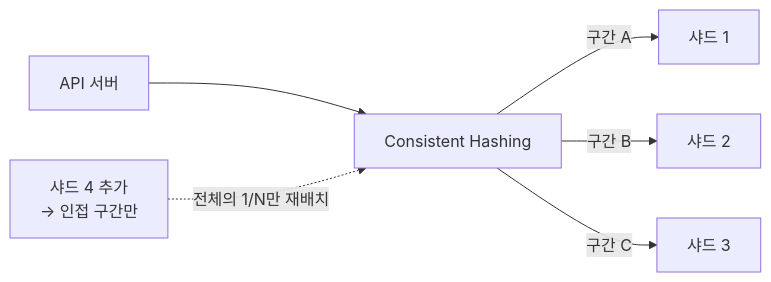
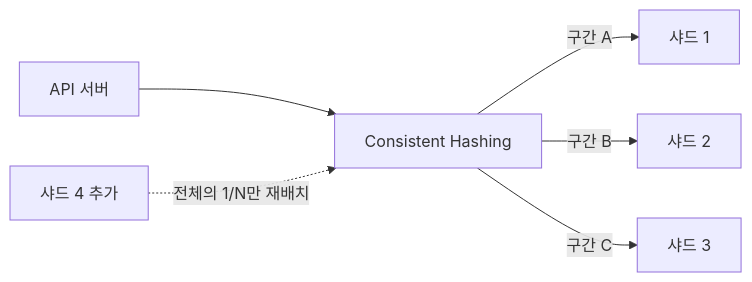
Before and after one commit to yjkim2015/yjkim2015.github.io: the fifth of 8 diagrams in _posts/systemdesign/2026-05-02-system-design-url-shortener.md, drawn with Mermaid. The commit also changed other lines of this file and 217 other files, not shown here.

First line of the commit message:
Mermaid 크기 수정: useMaxWidth:true + SVG max-width:100% + 라벨 축소

````diff
--- a/_posts/systemdesign/2026-05-02-system-design-url-shortener.md
+++ b/_posts/systemdesign/2026-05-02-system-design-url-shortener.md
@@ -217,8 +217,8 @@
 ```mermaid
 graph LR
     API["API 서버"] --> CH["Consistent Hashing"]
     CH -->|"구간 A"| S1["샤드 1"]
     CH -->|"구간 B"| S2["샤드 2"]
     CH -->|"구간 C"| S3["샤드 3"]
-    S4["샤드 4 추가\n→ 인접 구간만"] -.->|"전체의 1/N만 재배치"| CH
+    S4["샤드 4 추가"] -.->|"전체의 1/N만 재배치"| CH
 ```
````
